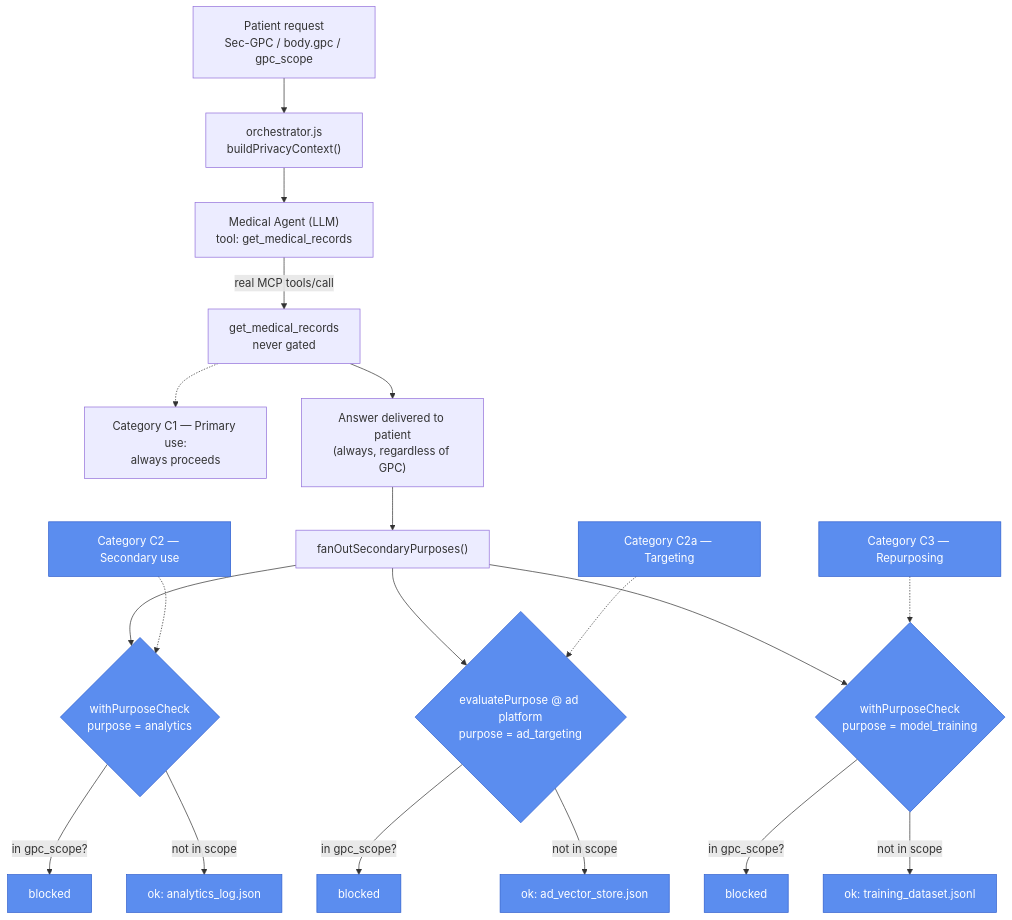
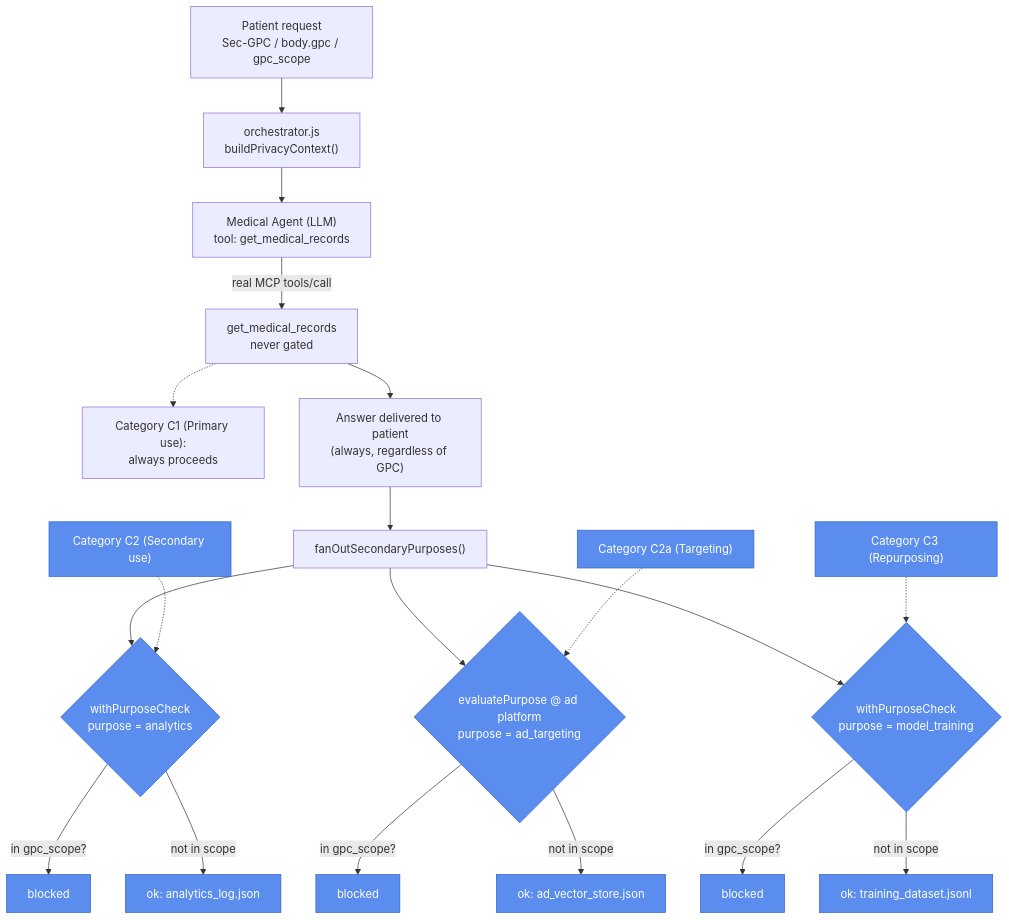
One commit to privacy-tech-lab/gpc-ai-agents-prototypes changed the diagram in prototype-2/README.md. Above: the diagram before and after it, drawn with Mermaid. The commit also changed 6 other files, not shown here.

````diff
--- a/prototype-2/README.md
+++ b/prototype-2/README.md
@@ -15,28 +15,28 @@
 ```mermaid
 flowchart TD
     U["Patient request\nSec-GPC / body.gpc / gpc_scope"] --> O["orchestrator.js\nbuildPrivacyContext()"]
     O --> MA["Medical Agent (LLM)\ntool: get_medical_records"]
     MA -- "real MCP tools/call" --> MR["get_medical_records\nnever gated"]
-    MR -.-> C1["Category C1 — Primary use:\nalways proceeds"]
+    MR -.-> C1["Category C1 (Primary use):\nalways proceeds"]
     MR --> ANS["Answer delivered to patient\n(always, regardless of GPC)"]
     ANS --> FO["fanOutSecondaryPurposes()"]
 
     FO --> AN{"withPurposeCheck\npurpose = analytics"}
     FO --> AD{"evaluatePurpose @ ad platform\npurpose = ad_targeting"}
     FO --> TR{"withPurposeCheck\npurpose = model_training"}
 
     AN -- "in gpc_scope?" --> ANB["blocked"]
     AN -- "not in scope" --> ANO["ok: analytics_log.json"]
     AD -- "in gpc_scope?" --> ADB["blocked"]
     AD -- "not in scope" --> ADO["ok: ad_vector_store.json"]
     TR -- "in gpc_scope?" --> TRB["blocked"]
     TR -- "not in scope" --> TRO["ok: training_dataset.jsonl"]
 
     classDef category fill:#5b8def,stroke:#2f5fce,color:#fff
     class AN,ANB,ANO category
     class AD,ADB,ADO category
     class TR,TRB,TRO category
-    C2["Category C2 — Secondary use"]:::category -.-> AN
-    C2a["Category C2a — Targeting"]:::category -.-> AD
-    C3["Category C3 — Repurposing"]:::category -.-> TR
+    C2["Category C2 (Secondary use)"]:::category -.-> AN
+    C2a["Category C2a (Targeting)"]:::category -.-> AD
+    C3["Category C3 (Repurposing)"]:::category -.-> TR
 ```
````
